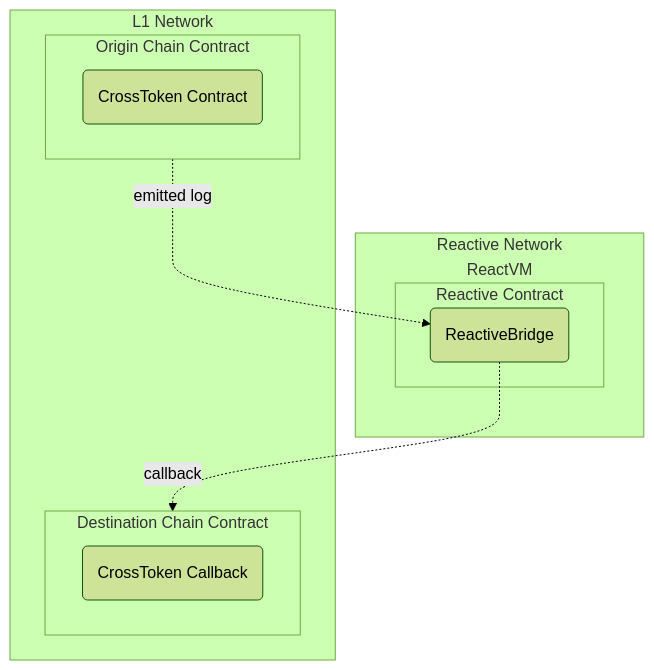
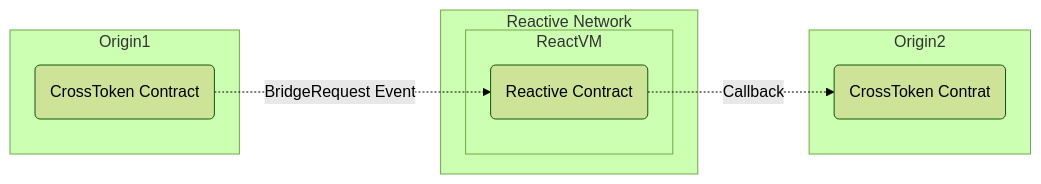
The diagram in src/demos/token-bridge/README.md (Salmandabbakuti/reactive-bridge-dapp), drawn with Mermaid (forest theme) before and after one commit. The commit also changed other lines of this file, not shown here.

Commit message:
updated: constructor args in script, flowchartchart

````diff
--- a/src/demos/token-bridge/README.md
+++ b/src/demos/token-bridge/README.md
@@ -7,24 +7,18 @@
 ```mermaid
 %%{ init: { 'flowchart': { 'curve': 'basis' } } }%%
-flowchart TB
-    subgraph RN["Reactive Network"]
-        subgraph RV["ReactVM"]
-            subgraph RC["Reactive Contract"]
-                BDRC("ReactiveBridge")
-            end
-        end
-    end
-    subgraph L1["L1 Network"]
-        subgraph OCC["Origin Chain Contract"]
-            BDL1C("CrossToken Contract")
-        end
-        subgraph DCC["Destination Chain Contract"]
-            BDL1Cb("CrossToken Callback")
+flowchart LR
+    subgraph Reactive Network
+        subgraph ReactVM
+            RC(Reactive Contract)
         end
     end
 
-OCC -. emitted log .-> BDRC
-BDRC -. callback .-> DCC
-
-style RV stroke:transparent
+    subgraph Origin1
+        OCC(CrossToken Contract)
+    end
+    subgraph Origin2
+        DCC(CrossToken Contrat)
+    end
+OCC -.->|BridgeRequest Event| RC
+RC -.->|Callback| DCC
 ```
````
